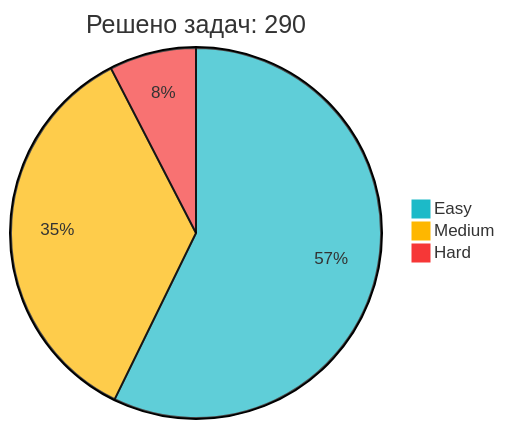
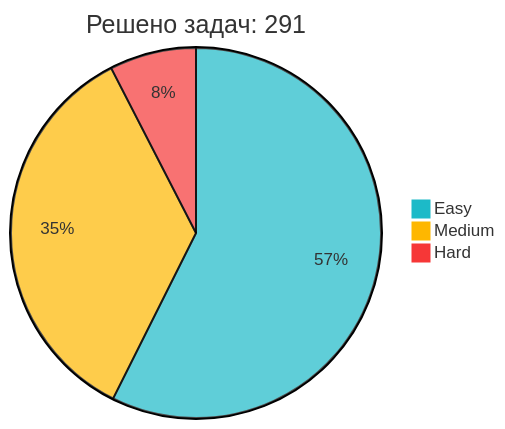
Before and after one commit to IliaKurdukov/IliaKurdukov: the diagram in README.md, drawn with Mermaid. The commit also changed other lines of this file, not shown here.

Commit message:
📈 Обновление статистики LeetCode

````diff
--- a/README.md
+++ b/README.md
@@ -51,7 +51,7 @@
 ```mermaid
 %%{init: {'theme': 'base', 'themeVariables': { 'pie1': '#1CBAC8', 'pie2': '#FEB700', 'pie3': '#F63737' }, 'config': {'width': 300, 'height': 200}}}%%
-pie title Решено задач: 290
-   "Easy" : 166
+pie title Решено задач: 291
+   "Easy" : 167
    "Medium" : 102
    "Hard" : 22
 ```
````
